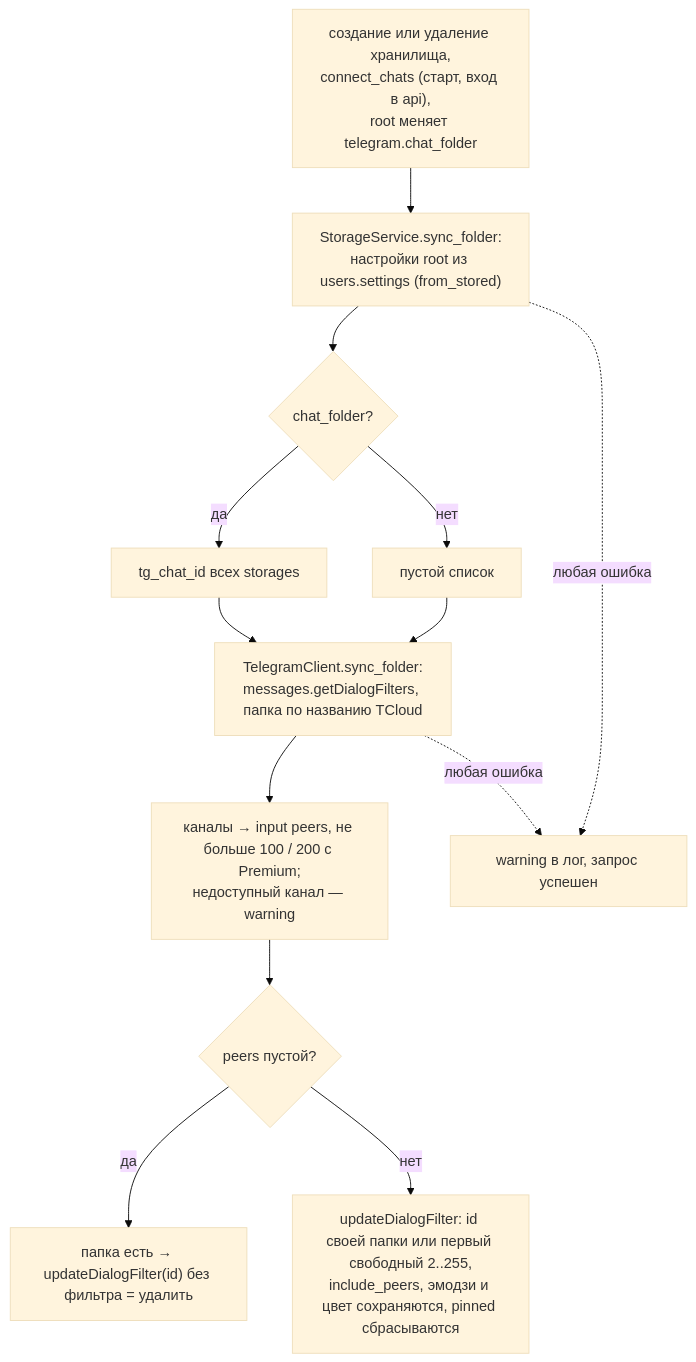
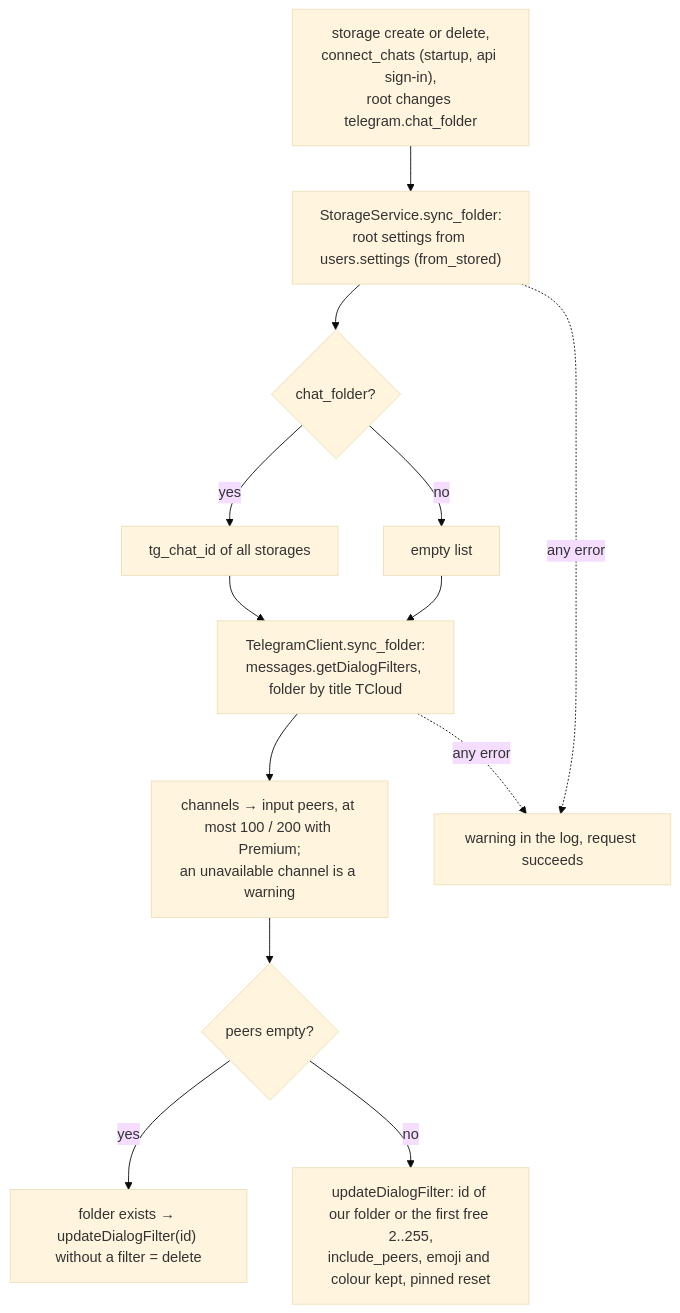
One commit to NikitkaZXC/tcloud-backend changed the second of 5 diagrams in docs/flows/storages.md. Above: the diagram before and after it, drawn with Mermaid (base theme). The commit also changed other lines of this file and 20 other files, not shown here.

````diff
--- a/docs/flows/storages.md
+++ b/docs/flows/storages.md
@@ -58,15 +58,15 @@
 ```mermaid
 flowchart TD
-    trig["создание или удаление хранилища,<br/>connect_chats (старт, вход в api),<br/>root меняет telegram.chat_folder"] --> root["StorageService.sync_folder:<br/>настройки root из users.settings (from_stored)"]
+    trig["storage create or delete,<br/>connect_chats (startup, api sign-in),<br/>root changes telegram.chat_folder"] --> root["StorageService.sync_folder:<br/>root settings from users.settings (from_stored)"]
     root --> en{"chat_folder?"}
-    en -->|да| ids["tg_chat_id всех storages"]
-    en -->|нет| none["пустой список"]
-    ids --> tg["TelegramClient.sync_folder:<br/>messages.getDialogFilters, папка по названию TCloud"]
+    en -->|yes| ids["tg_chat_id of all storages"]
+    en -->|no| none["empty list"]
+    ids --> tg["TelegramClient.sync_folder:<br/>messages.getDialogFilters, folder by title TCloud"]
     none --> tg
-    tg --> peers["каналы → input peers, не больше 100 / 200 с Premium;<br/>недоступный канал — warning"]
-    peers --> empty{"peers пустой?"}
-    empty -->|да| del["папка есть → updateDialogFilter(id) без фильтра = удалить"]
-    empty -->|нет| upd["updateDialogFilter: id своей папки или первый свободный 2..255,<br/>include_peers, эмодзи и цвет сохраняются, pinned сбрасываются"]
-    root -. "любая ошибка" .-> log
-    tg -. "любая ошибка" .-> log["warning в лог, запрос успешен"]
+    tg --> peers["channels → input peers, at most 100 / 200 with Premium;<br/>an unavailable channel is a warning"]
+    peers --> empty{"peers empty?"}
+    empty -->|yes| del["folder exists → updateDialogFilter(id) without a filter = delete"]
+    empty -->|no| upd["updateDialogFilter: id of our folder or the first free 2..255,<br/>include_peers, emoji and colour kept, pinned reset"]
+    root -. "any error" .-> log
+    tg -. "any error" .-> log["warning in the log, request succeeds"]
 ```
````
